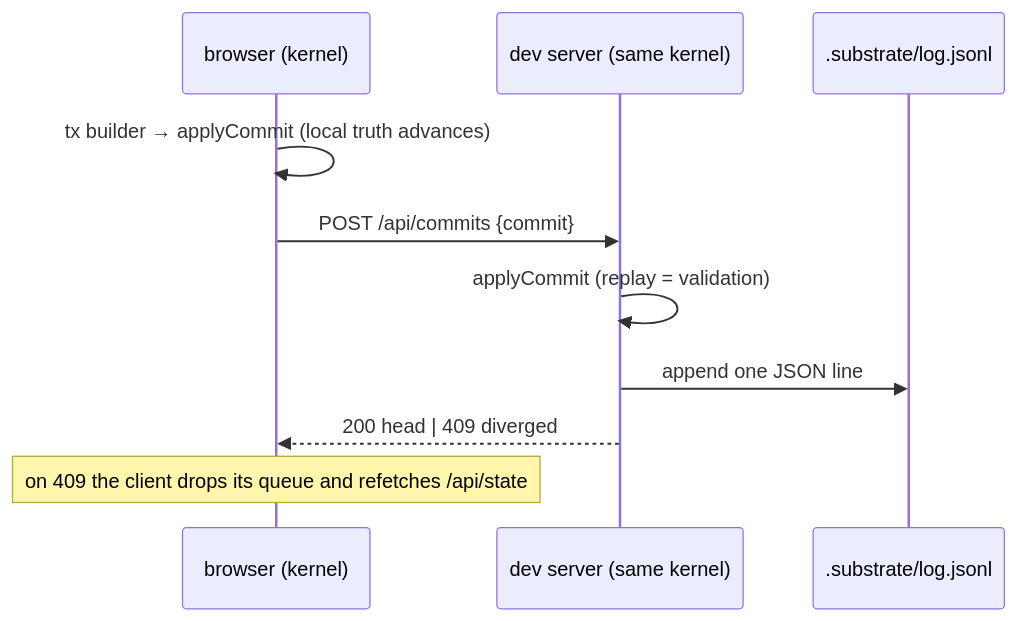
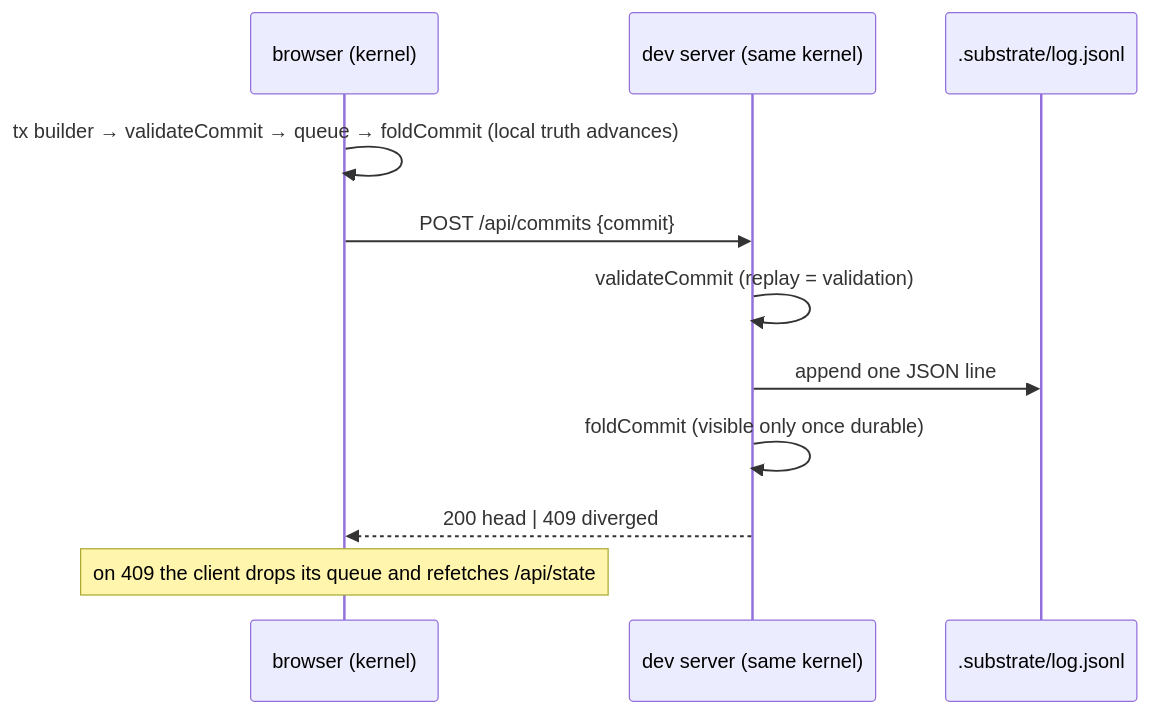
One commit to asavschaeffer/headspace changed the second of 2 diagrams in ARCHITECTURE.md. Above: the diagram before and after it, drawn with Mermaid. The commit also changed other lines of this file and 10 other files, not shown here.

First line of the commit message:
Harden the commit protocol: validate, persist, fold

````diff
--- a/ARCHITECTURE.md
+++ b/ARCHITECTURE.md
@@ -57,12 +57,13 @@
 ```mermaid
 sequenceDiagram
   participant UI as browser (kernel)
   participant API as dev server (same kernel)
   participant Log as .substrate/log.jsonl
-  UI->>UI: tx builder → applyCommit (local truth advances)
+  UI->>UI: tx builder → validateCommit → queue → foldCommit (local truth advances)
   UI->>API: POST /api/commits {commit}
-  API->>API: applyCommit (replay = validation)
+  API->>API: validateCommit (replay = validation)
   API->>Log: append one JSON line
+  API->>API: foldCommit (visible only once durable)
   API-->>UI: 200 head | 409 diverged
   Note over UI: on 409 the client drops its queue and refetches /api/state
 ```
````
